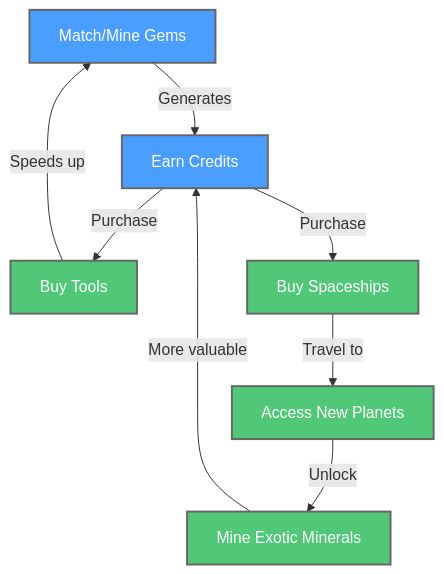
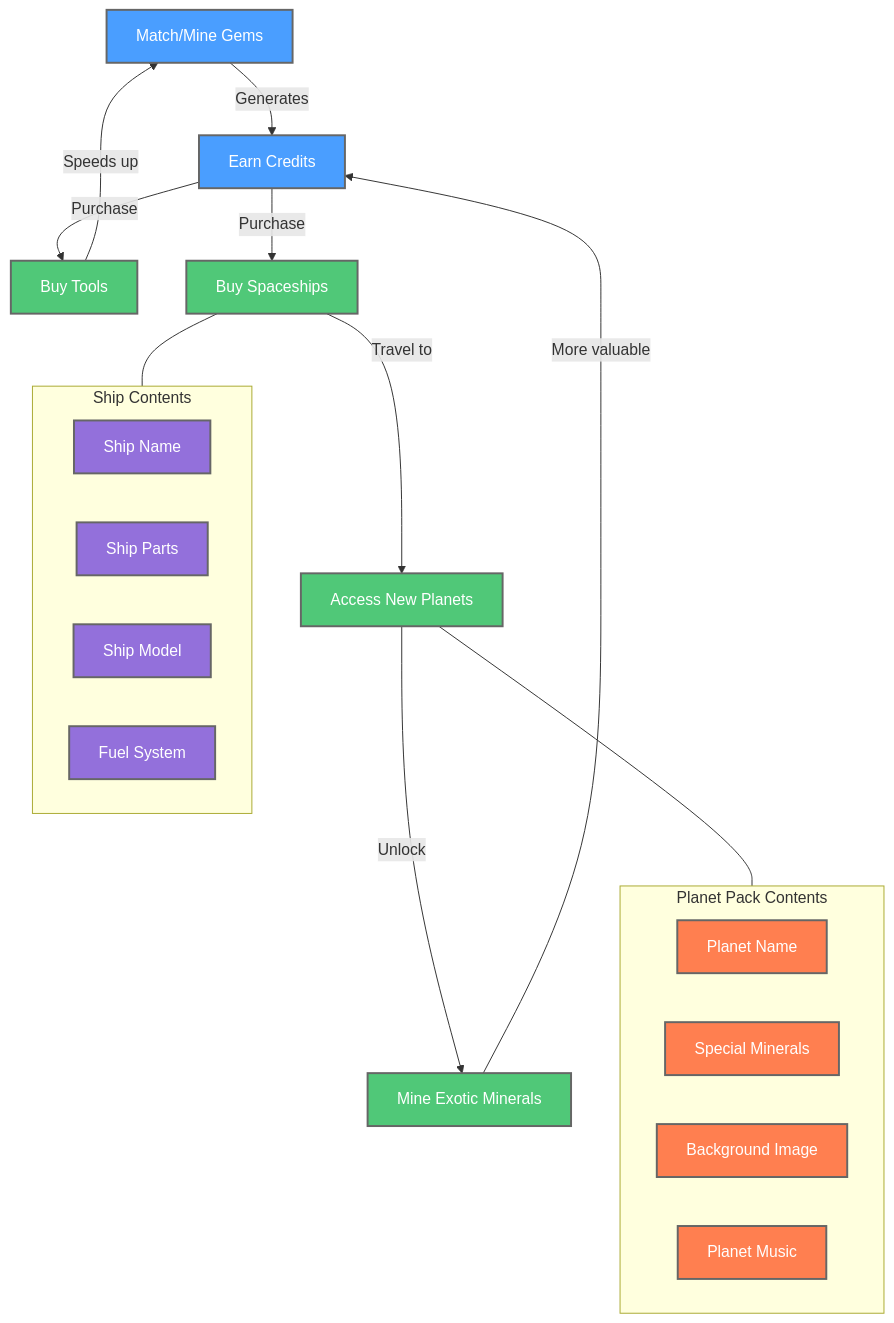
Before and after one commit to chrisaharden/SpAIceRocks: the diagram in DesignsAndPipeline/space-mining-flow.mermaid, drawn with Mermaid.

Commit message:
updating flow with planet info

```diff
--- a/DesignsAndPipeline/space-mining-flow.mermaid
+++ b/DesignsAndPipeline/space-mining-flow.mermaid
@@ -1,21 +1,44 @@
 flowchart TD
     Mine["Match/Mine Gems"]
     Credits["Earn Credits"]
     Tools["Buy Tools"]
     Ships["Buy Spaceships"]
     Planets["Access New Planets"]
     ExoticMinerals["Mine Exotic Minerals"]
     
     Mine -->|"Generates"| Credits
     Credits -->|"Purchase"| Tools
     Credits -->|"Purchase"| Ships
     Tools -->|"Speeds up"| Mine
     Ships -->|"Travel to"| Planets
     Planets -->|"Unlock"| ExoticMinerals
     ExoticMinerals -->|"More valuable"| Credits
 
+    %% Planet Pack Contents
+    subgraph PlanetPack["Planet Pack Contents"]
+        PlanetName["Planet Name"]
+        Minerals["Special Minerals"]
+        Background["Background Image"]
+        Music["Planet Music"]
+    end
+
+    %% Ship Contents
+    subgraph ShipPack["Ship Contents"]
+        ShipName["Ship Name"]
+        Parts["Ship Parts"]
+        ShipModel["Ship Model"]
+        Fuel["Fuel System"]
+    end
+
+    Planets --- PlanetPack
+    Ships --- ShipPack
+
     classDef primary fill:#4a9eff,stroke:#666,stroke-width:2px,color:white
     classDef secondary fill:#50C878,stroke:#666,stroke-width:2px,color:white
+    classDef pack fill:#FF7F50,stroke:#666,stroke-width:2px,color:white
+    classDef ship fill:#9370DB,stroke:#666,stroke-width:2px,color:white
     
     class Mine,Credits primary
     class Tools,Ships,Planets,ExoticMinerals secondary
+    class PlanetName,Minerals,Background,Music pack
+    class ShipName,Parts,ShipModel,Fuel ship
```
